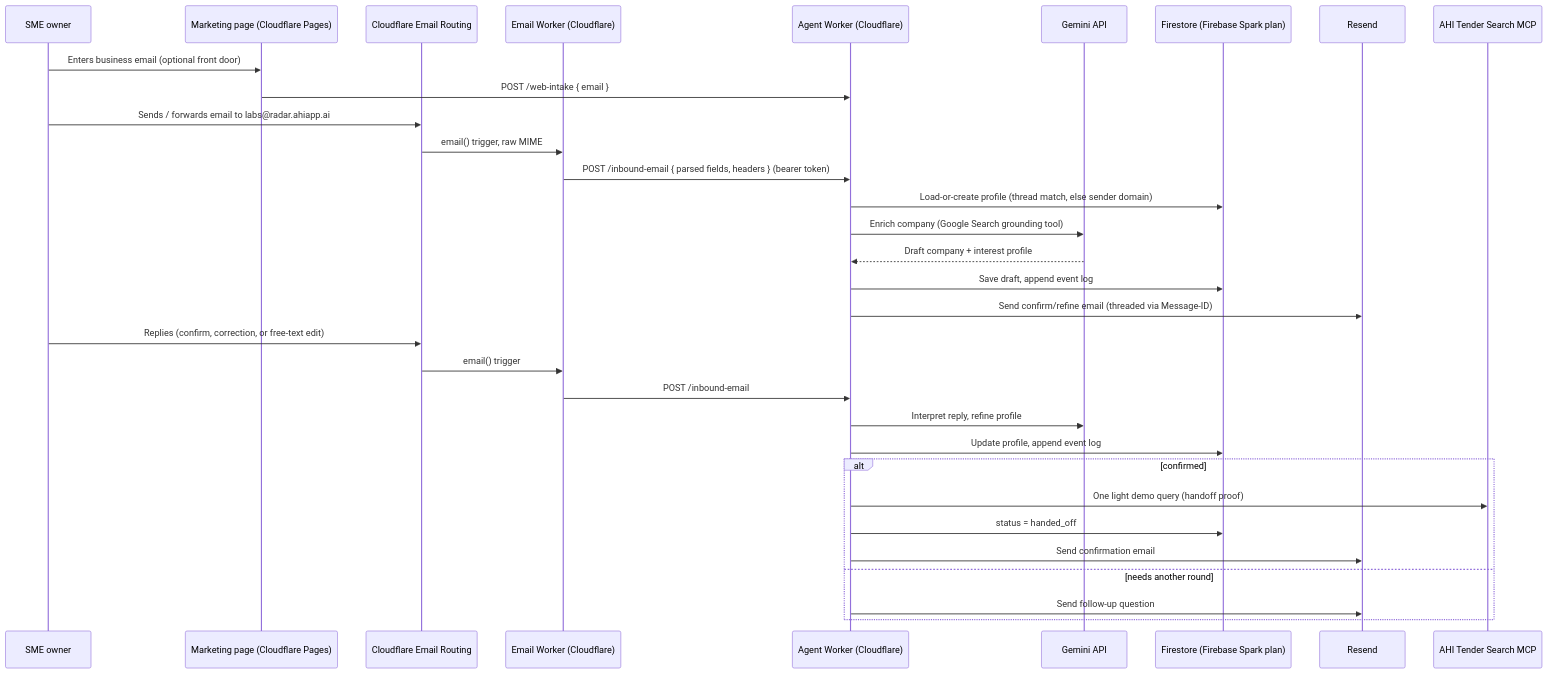
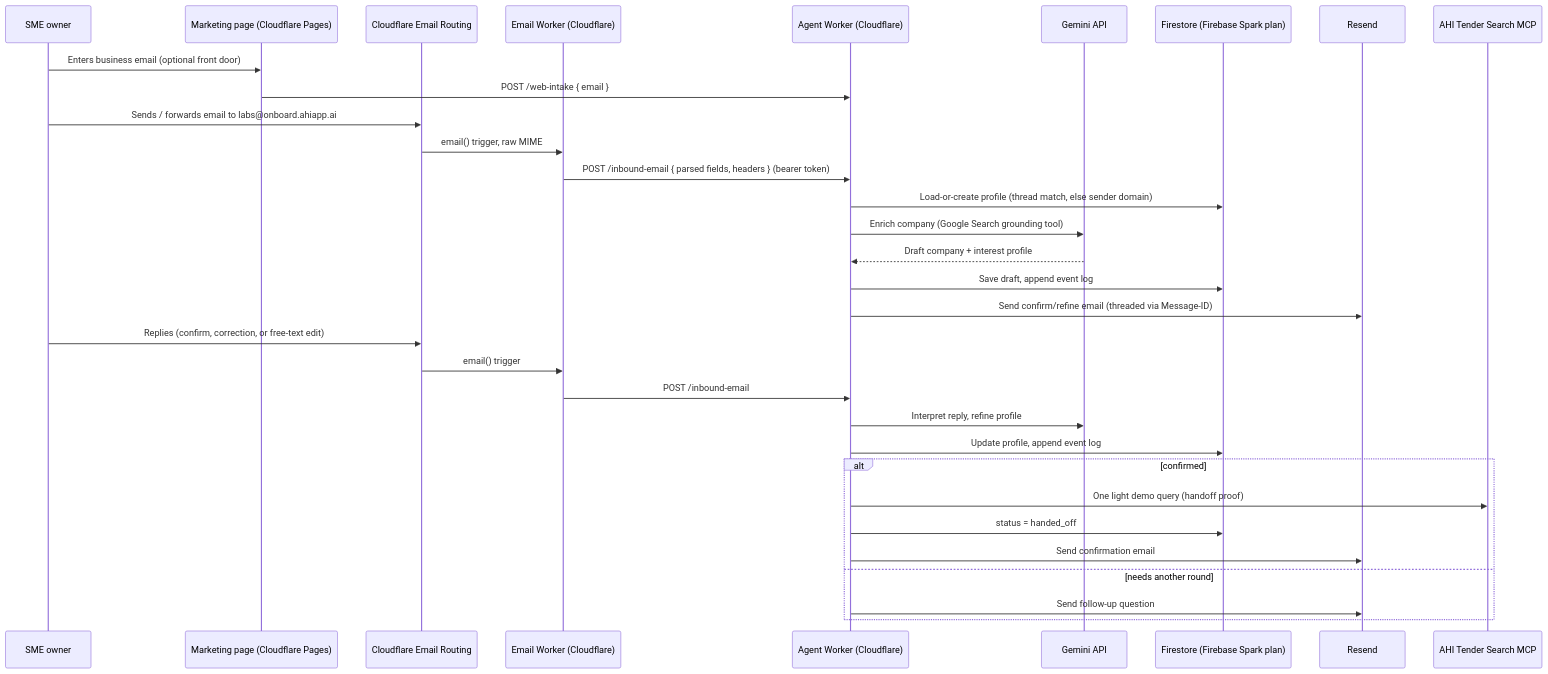
One commit to zeeshanahmad-tech/ExperienceOne changed the diagram in IMPLEMENTATION_PLAN.md. Above: the diagram before and after it, drawn with Mermaid. The commit also changed other lines of this file and 11 other files, not shown here.

````diff
--- a/IMPLEMENTATION_PLAN.md
+++ b/IMPLEMENTATION_PLAN.md
@@ -34,35 +34,35 @@
 ```mermaid
 sequenceDiagram
     participant U as SME owner
     participant Pages as Marketing page (Cloudflare Pages)
     participant Route as Cloudflare Email Routing
     participant EmailWK as Email Worker (Cloudflare)
     participant AgentWK as Agent Worker (Cloudflare)
     participant Gemini as Gemini API
     participant DB as Firestore (Firebase Spark plan)
     participant Resend as Resend
     participant MCP as AHI Tender Search MCP
 
     U->>Pages: Enters business email (optional front door)
     Pages->>AgentWK: POST /web-intake { email }
-    U->>Route: Sends / forwards email to labs@radar.ahiapp.ai
+    U->>Route: Sends / forwards email to labs@onboard.ahiapp.ai
     Route->>EmailWK: email() trigger, raw MIME
     EmailWK->>AgentWK: POST /inbound-email { parsed fields, headers } (bearer token)
     AgentWK->>DB: Load-or-create profile (thread match, else sender domain)
     AgentWK->>Gemini: Enrich company (Google Search grounding tool)
     Gemini-->>AgentWK: Draft company + interest profile
     AgentWK->>DB: Save draft, append event log
     AgentWK->>Resend: Send confirm/refine email (threaded via Message-ID)
     U->>Route: Replies (confirm, correction, or free-text edit)
     Route->>EmailWK: email() trigger
     EmailWK->>AgentWK: POST /inbound-email
     AgentWK->>Gemini: Interpret reply, refine profile
     AgentWK->>DB: Update profile, append event log
     alt confirmed
         AgentWK->>MCP: One light demo query (handoff proof)
         AgentWK->>DB: status = handed_off
         AgentWK->>Resend: Send confirmation email
     else needs another round
         AgentWK->>Resend: Send follow-up question
     end
 ```
````
